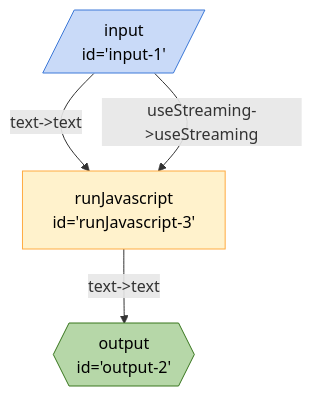
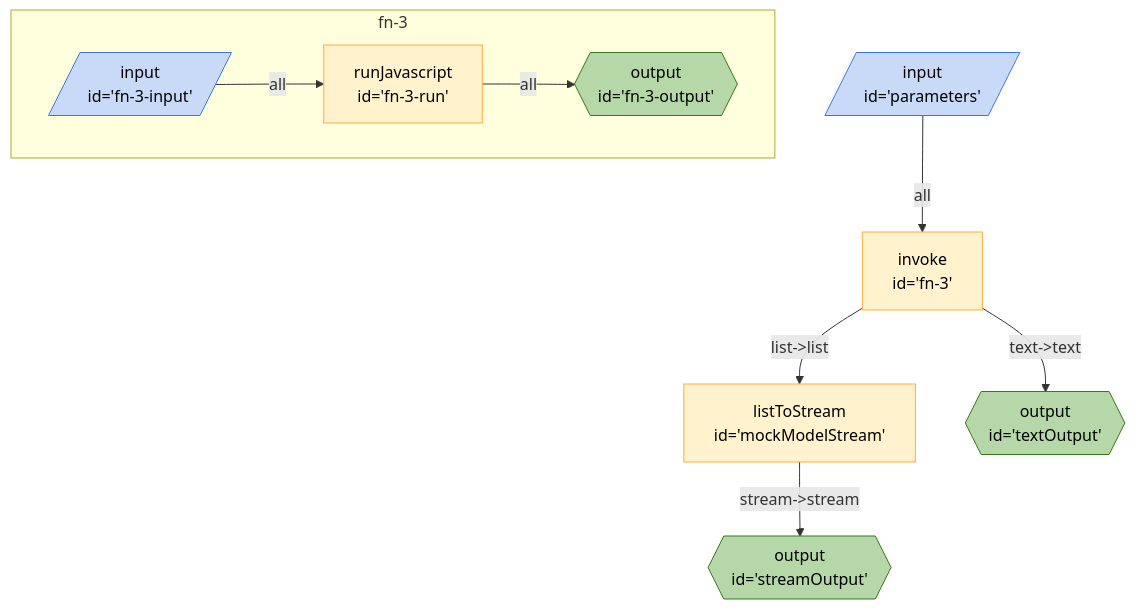
Before and after one commit to breadboard-ai/breadboard: the diagram in seeds/breadboard-web/docs/graphs/mock-text-generator.md, drawn with Mermaid. The commit also changed 6 other files, not shown here.

First line of the commit message:
[breadboard-web] Finish Mock Text Generator. (#212)

````diff
--- a/seeds/breadboard-web/docs/graphs/mock-text-generator.md
+++ b/seeds/breadboard-web/docs/graphs/mock-text-generator.md
@@ -3,15 +3,22 @@
 ```mermaid
 %%{init: 'themeVariables': { 'fontFamily': 'Fira Code, monospace' }}%%
 graph TD;
-runJavascript3["runJavascript <br> id='runJavascript-3'"] -- "text->text" --> output2{{"output <br> id='output-2'"}}:::output
-input1[/"input <br> id='input-1'"/]:::input -- "text->text" --> runJavascript3["runJavascript <br> id='runJavascript-3'"]
-input1[/"input <br> id='input-1'"/]:::input -- "useStreaming->useStreaming" --> runJavascript3["runJavascript <br> id='runJavascript-3'"]
+fn3["invoke <br> id='fn-3'"] -- "list->list" --> mockModelStream["listToStream <br> id='mockModelStream'"]
+fn3["invoke <br> id='fn-3'"] -- "text->text" --> textOutput{{"output <br> id='textOutput'"}}:::output
+parameters[/"input <br> id='parameters'"/]:::input -- all --> fn3["invoke <br> id='fn-3'"]
+mockModelStream["listToStream <br> id='mockModelStream'"] -- "stream->stream" --> streamOutput{{"output <br> id='streamOutput'"}}:::output
+
+subgraph sg_fn3 [fn-3]
+fn3_fn3input[/"input <br> id='fn-3-input'"/]:::input -- all --> fn3_fn3run["runJavascript <br> id='fn-3-run'"]
+fn3_fn3run["runJavascript <br> id='fn-3-run'"] -- all --> fn3_fn3output{{"output <br> id='fn-3-output'"}}:::output
+end
+
 classDef default stroke:#ffab40,fill:#fff2ccff,color:#000
 classDef input stroke:#3c78d8,fill:#c9daf8ff,color:#000
 classDef output stroke:#38761d,fill:#b6d7a8ff,color:#000
 classDef passthrough stroke:#a64d79,fill:#ead1dcff,color:#000
 classDef slot stroke:#a64d79,fill:#ead1dcff,color:#000
 classDef config stroke:#a64d79,fill:#ead1dcff,color:#000
 classDef secrets stroke:#db4437,fill:#f4cccc,color:#000
 classDef slotted stroke:#a64d79
 ```
````
